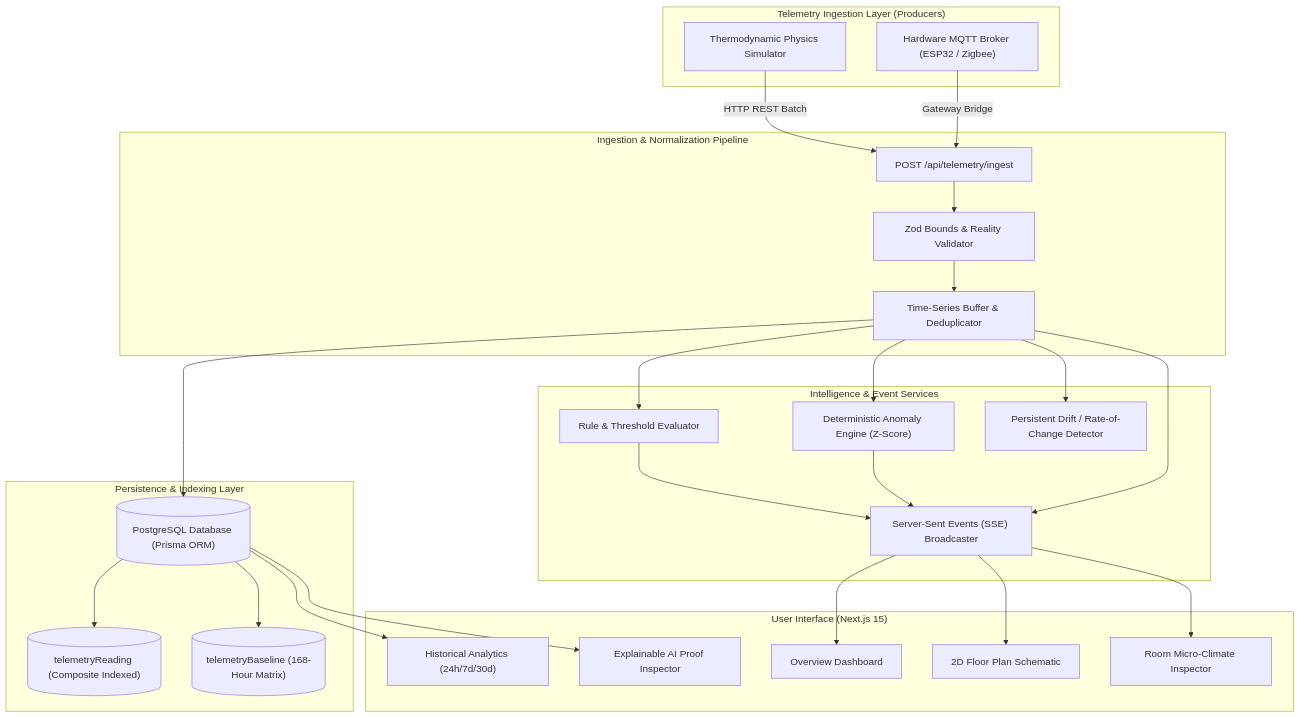
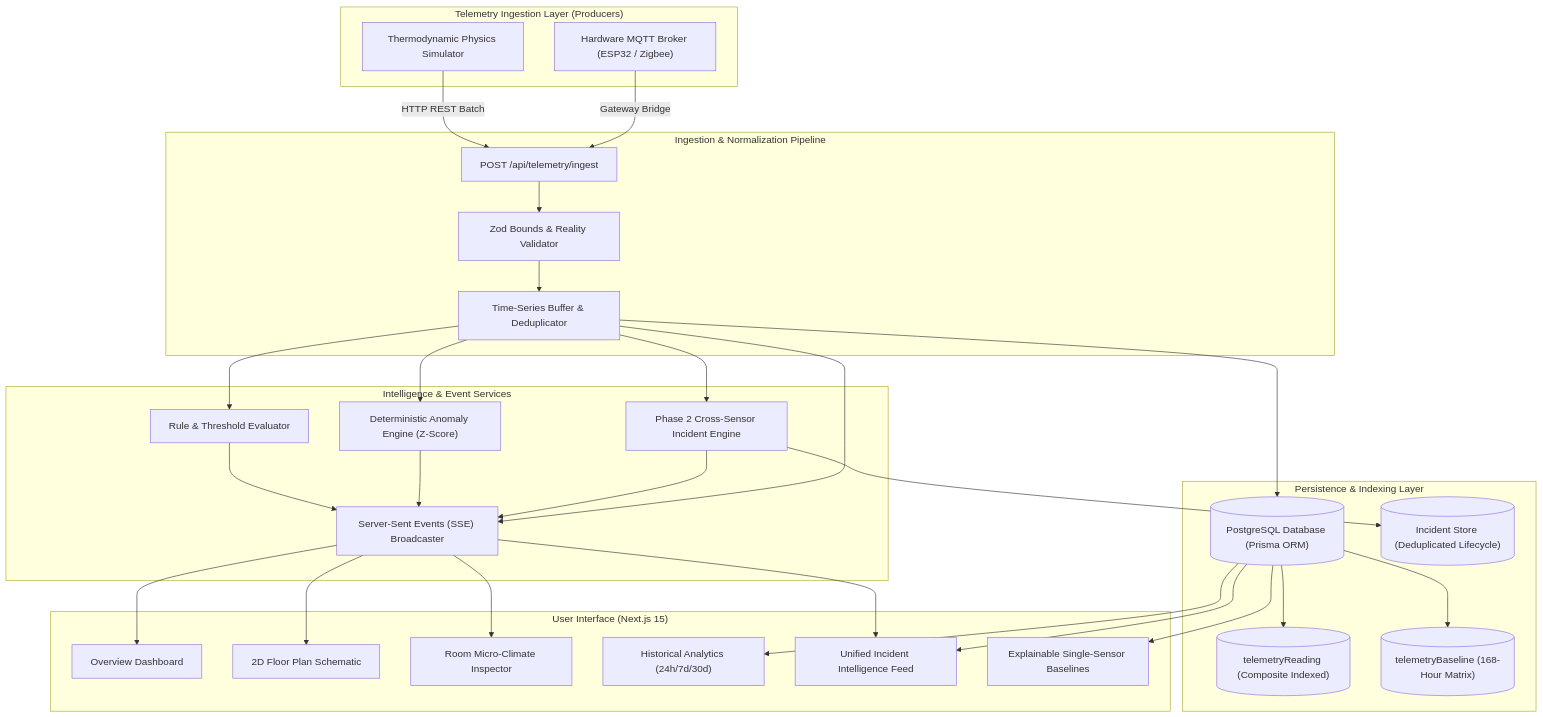
The first of 2 diagrams in docs/architecture.md (aadeeshsh15-netizen/home-intelligence-platform), drawn with Mermaid before and after one commit. The commit also changed other lines of this file and 22 other files, not shown here.

First line of the commit message:
feat(intelligence): implement Phase 2 Cross-Sensor Incident Intelligence Engine

````diff
--- a/docs/architecture.md
+++ b/docs/architecture.md
@@ -9,53 +9,59 @@
 ```mermaid
 graph TD
     subgraph Producers ["Telemetry Ingestion Layer (Producers)"]
         SIM["Thermodynamic Physics Simulator"]
         MQTT["Hardware MQTT Broker (ESP32 / Zigbee)"]
     end
 
     subgraph Pipeline ["Ingestion & Normalization Pipeline"]
         ING["POST /api/telemetry/ingest"]
         VAL["Zod Bounds & Reality Validator"]
         BUF["Time-Series Buffer & Deduplicator"]
     end
 
     subgraph DataStore ["Persistence & Indexing Layer"]
         PG[("PostgreSQL Database (Prisma ORM)")]
         TS[("telemetryReading (Composite Indexed)")]
         BASE[("telemetryBaseline (168-Hour Matrix)")]
+        INC[("Incident Store (Deduplicated Lifecycle)")]
     end
 
     subgraph Engine ["Intelligence & Event Services"]
         RULES["Rule & Threshold Evaluator"]
         ANOMALY["Deterministic Anomaly Engine (Z-Score)"]
-        DRIFT["Persistent Drift / Rate-of-Change Detector"]
+        CORRELATION["Phase 2 Cross-Sensor Incident Engine"]
         SSE["Server-Sent Events (SSE) Broadcaster"]
     end
 
     subgraph UI ["User Interface (Next.js 15)"]
         DASH["Overview Dashboard"]
         FLOOR["2D Floor Plan Schematic"]
         ROOM["Room Micro-Climate Inspector"]
         HIST["Historical Analytics (24h/7d/30d)"]
-        INSIGHT["Explainable AI Proof Inspector"]
+        INC_VIEW["Unified Incident Intelligence Feed"]
+        INSIGHT["Explainable Single-Sensor Baselines"]
     end
 
     SIM -->|HTTP REST Batch| ING
     MQTT -->|Gateway Bridge| ING
     ING --> VAL
     VAL --> BUF
     BUF --> PG
     PG --> TS
     PG --> BASE
     BUF --> RULES
     BUF --> ANOMALY
-    BUF --> DRIFT
+    BUF --> CORRELATION
+    CORRELATION --> INC
     RULES --> SSE
     ANOMALY --> SSE
+    CORRELATION --> SSE
     BUF --> SSE
     SSE --> DASH
     SSE --> FLOOR
     SSE --> ROOM
+    SSE --> INC_VIEW
     PG --> HIST
     PG --> INSIGHT
+    PG --> INC_VIEW
 ```
````
